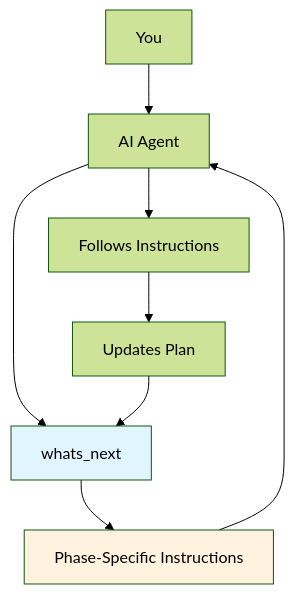
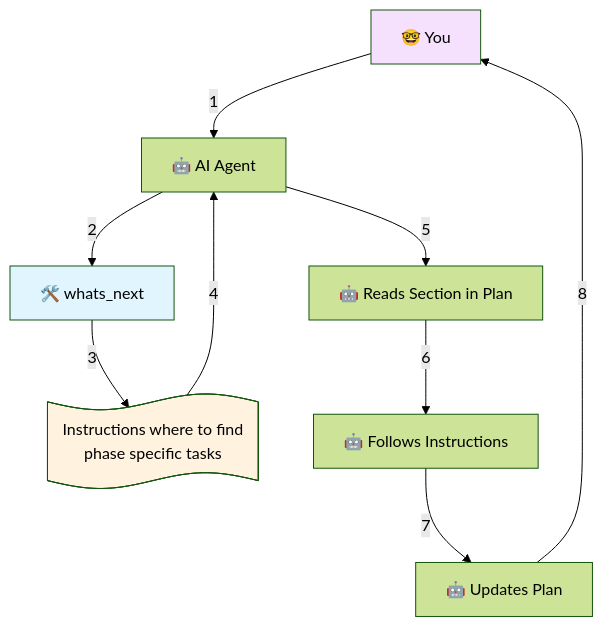
Before and after one commit to yovannyr/responsible-vibe-mcp: the diagram in docs/user/how-it-works.md, drawn with Mermaid (forest theme).

Commit message:
docs: how it works

````diff
--- a/docs/user/how-it-works.md
+++ b/docs/user/how-it-works.md
@@ -9,13 +9,16 @@
 ```mermaid
 flowchart TD
-    A[You] --> B[AI Agent]
-    B --> C[whats_next]
-    C --> E[Phase-Specific Instructions]
-    E --> B
-    B --> F[Follows Instructions]
-    F --> G[Updates Plan]
-    G --> C
+    A[🤓 You] -->|1| B[🤖 AI Agent]
+    B -->|2| C[🛠️ whats_next]
+    C -->|3| E@{ shape: paper-tape, label: "Instructions where to find
+    phase specific tasks"}
+    E -->|4| B
+    B -->|5| F[🤖 Reads Section in Plan]
+    F -->|6| G[🤖 Follows Instructions]
+    G -->|7| H[🤖 Updates Plan]
+    H -->|8| A
 
+    style A fill:#f5e1fe
     style C fill:#e1f5fe
     style E fill:#fff3e0
 ```
````
